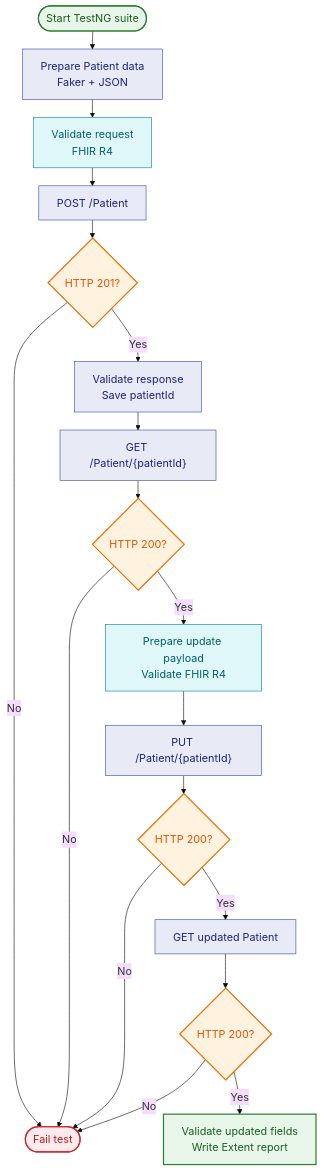
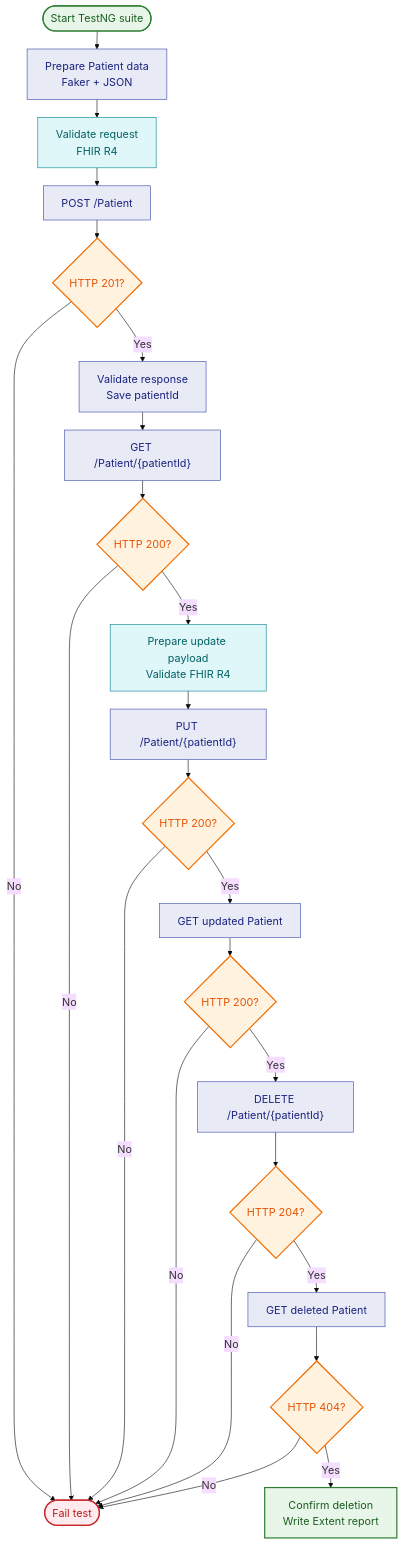
The diagram in README.md (Sameer-Programmer/2026_RestassuredWorkFlowDemo_FHIR), drawn with Mermaid before and after one commit. The commit also changed other lines of this file and 3 other files, not shown here.

Commit message:
feat: add FHIR Patient delete workflow

````diff
--- a/README.md
+++ b/README.md
@@ -75,34 +76,40 @@
 ```mermaid
 %%{init: {"theme": "base", "themeVariables": {"fontSize": "18px"}, "flowchart": {"nodeSpacing": 24, "rankSpacing": 30}}}%%
 flowchart TD
     A([Start TestNG suite]) --> B["Prepare Patient data<br/>Faker + JSON"]
     B --> C["Validate request<br/>FHIR R4"]
     C --> D["POST /Patient"]
     D --> E{HTTP 201?}
     E -- No --> X([Fail test])
     E -- Yes --> F["Validate response<br/>Save patientId"]
     F --> G["GET /Patient/{patientId}"]
     G --> H{HTTP 200?}
     H -- No --> X
     H -- Yes --> I["Prepare update payload<br/>Validate FHIR R4"]
     I --> J["PUT /Patient/{patientId}"]
     J --> K{HTTP 200?}
     K -- No --> X
     K -- Yes --> L["GET updated Patient"]
     L --> M{HTTP 200?}
     M -- No --> X
-    M -- Yes --> N["Validate updated fields<br/>Write Extent report"]
+    M -- Yes --> N["DELETE /Patient/{patientId}"]
+    N --> O{HTTP 204?}
+    O -- No --> X
+    O -- Yes --> P["GET deleted Patient"]
+    P --> Q{HTTP 404?}
+    Q -- No --> X
+    Q -- Yes --> R["Confirm deletion<br/>Write Extent report"]
 
     classDef start fill:#E8F5E9,stroke:#2E7D32,color:#1B5E20,stroke-width:2px;
     classDef action fill:#E8EAF6,stroke:#3949AB,color:#1A237E;
     classDef validation fill:#E0F7FA,stroke:#00838F,color:#006064;
     classDef decision fill:#FFF3E0,stroke:#EF6C00,color:#E65100,stroke-width:2px;
     classDef fail fill:#FFEBEE,stroke:#C62828,color:#B71C1C,stroke-width:2px;
     classDef store fill:#F3E5F5,stroke:#8E24AA,color:#4A148C;
 
-    class A,N start;
-    class B,D,F,G,J,L action;
+    class A,R start;
+    class B,D,F,G,J,L,N,P action;
     class C,I validation;
-    class E,H,K,M decision;
+    class E,H,K,M,O,Q decision;
     class X fail;
 ```
````
